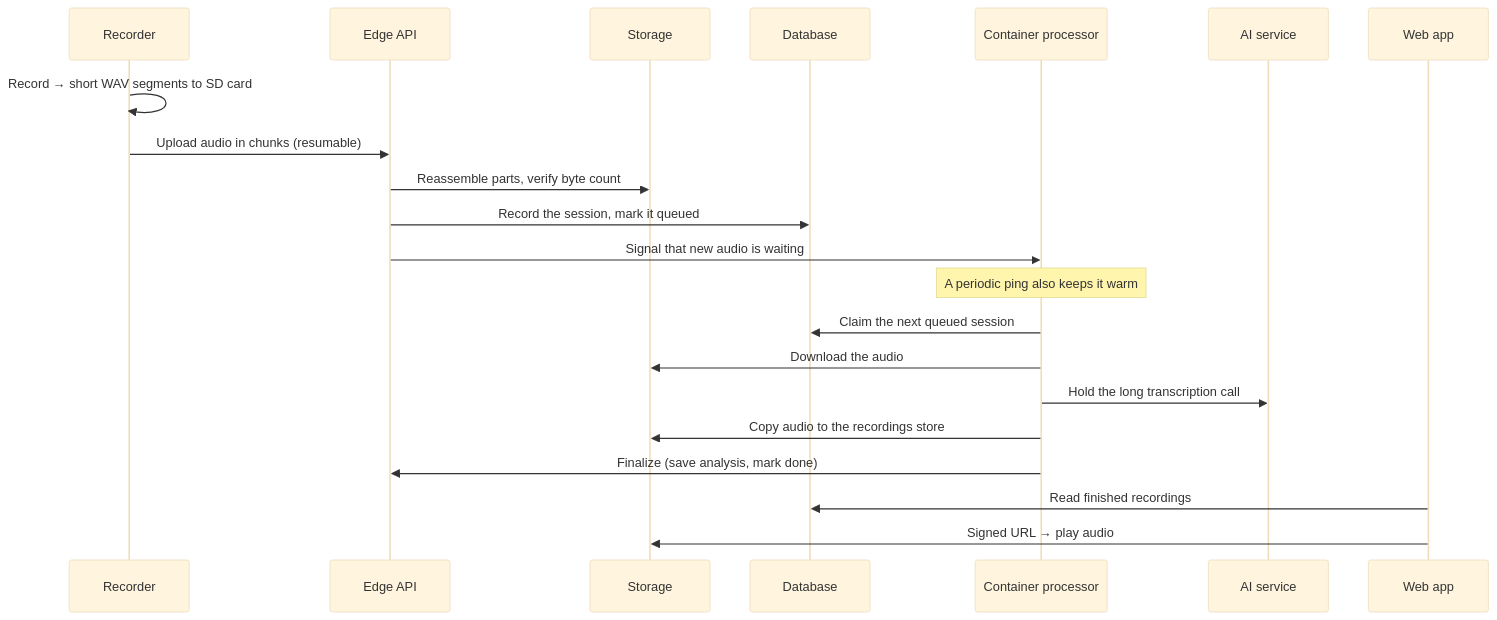
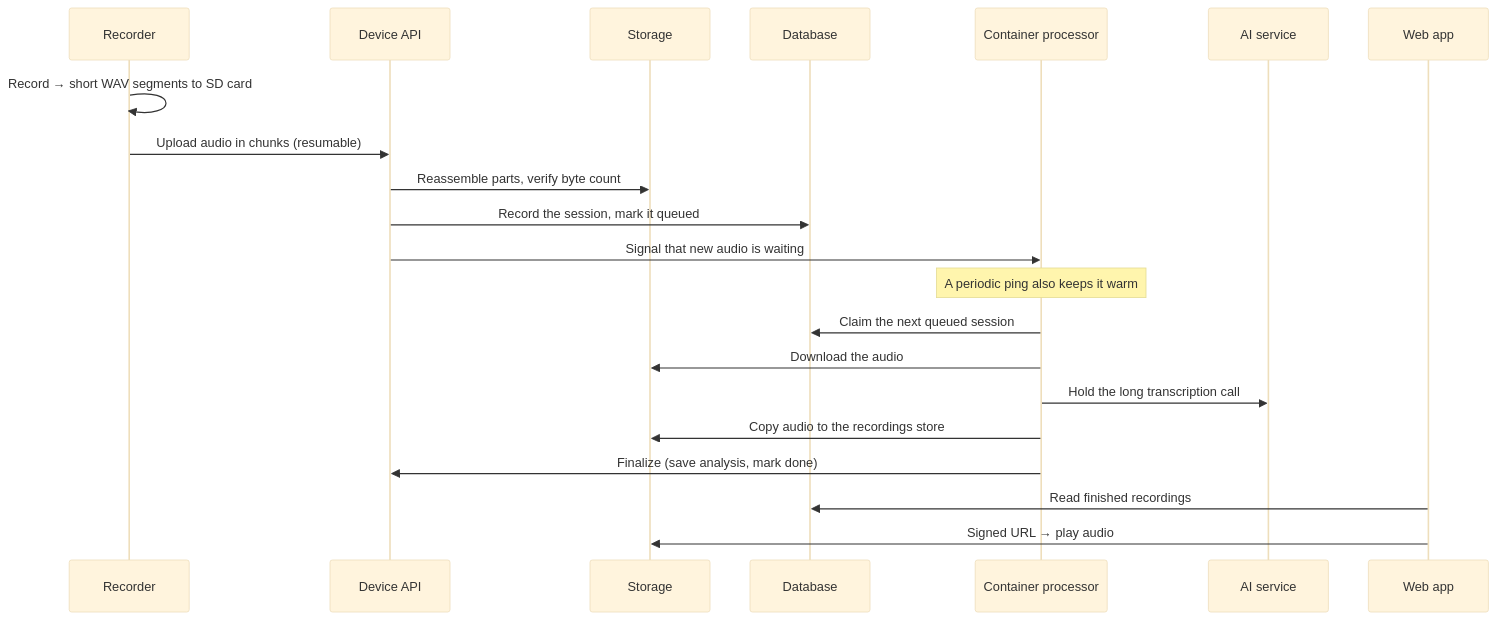
One commit to Longcao24/sate-companion changed the first of 3 diagrams in docs-site/docs/architecture.md. Above: the diagram before and after it, drawn with Mermaid (base theme). The commit also changed other lines of this file and 11 other files, not shown here.

````diff
--- a/docs-site/docs/architecture.md
+++ b/docs-site/docs/architecture.md
@@ -24,24 +24,24 @@
 ```mermaid
 sequenceDiagram
   participant D as Recorder
-  participant API as Edge API
+  participant API as Device API
   participant S as Storage
   participant DB as Database
   participant P as Container processor
   participant AI as AI service
   participant W as Web app
 
   D->>D: Record → short WAV segments to SD card
   D->>API: Upload audio in chunks (resumable)
   API->>S: Reassemble parts, verify byte count
   API->>DB: Record the session, mark it queued
   API->>P: Signal that new audio is waiting
   Note over P: A periodic ping also keeps it warm
   P->>DB: Claim the next queued session
   P->>S: Download the audio
   P->>AI: Hold the long transcription call
   P->>S: Copy audio to the recordings store
   P->>API: Finalize (save analysis, mark done)
   W->>DB: Read finished recordings
   W->>S: Signed URL → play audio
 ```
````
